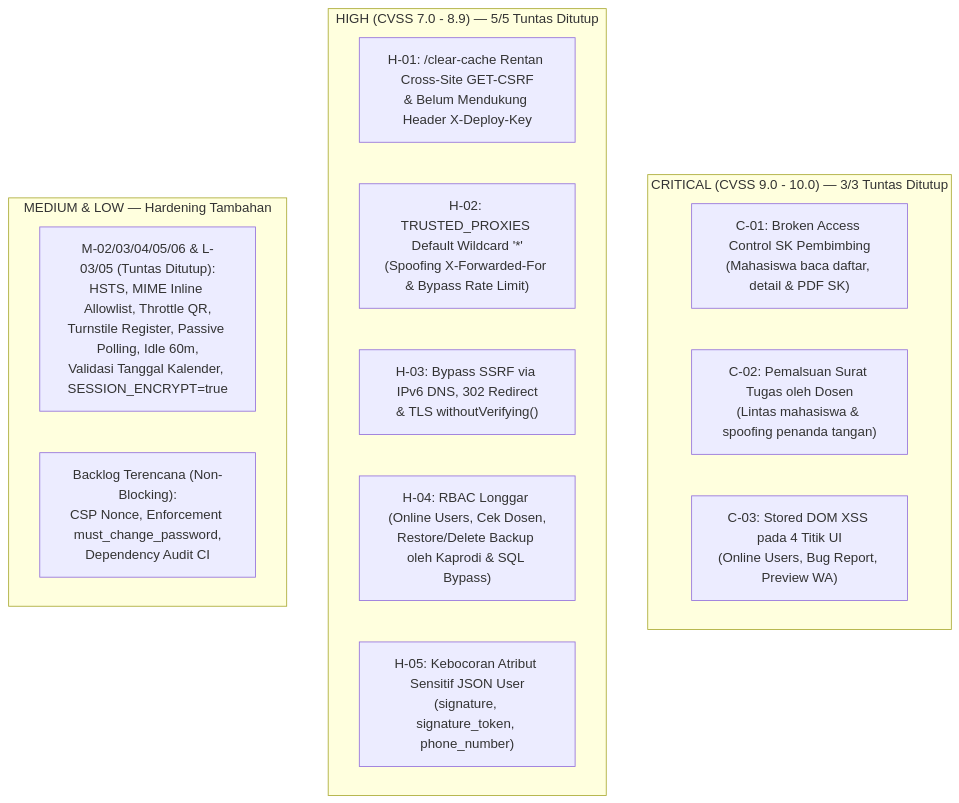
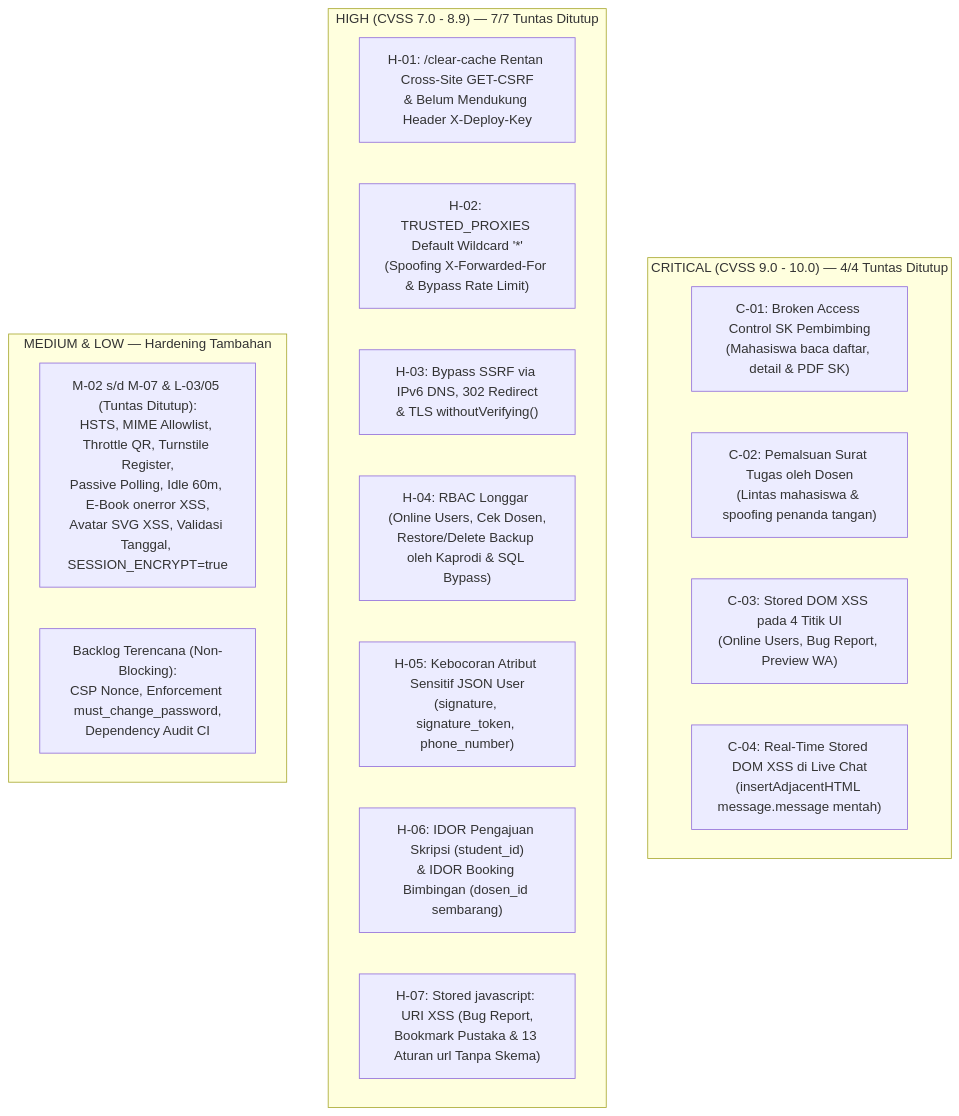
The second of 3 diagrams in docs/laporan_audit_keamanan_sibima.md (bagusaliakbar/SIBIMA), drawn with Mermaid before and after one commit. The commit also changed other lines of this file and 23 other files, not shown here.

Commit message:
security: fix live chat DOM XSS, thesis and mentoring IDORs, javascript URI XSS, and avatar MIME handling

````diff
--- a/docs/laporan_audit_keamanan_sibima.md
+++ b/docs/laporan_audit_keamanan_sibima.md
@@ -86,21 +87,24 @@
 ```mermaid
 flowchart TD
-    subgraph Critical["CRITICAL (CVSS 9.0 - 10.0) — 3/3 Tuntas Ditutup"]
+    subgraph Critical["CRITICAL (CVSS 9.0 - 10.0) — 4/4 Tuntas Ditutup"]
         C1["C-01: Broken Access Control SK Pembimbing\n(Mahasiswa baca daftar, detail & PDF SK)"]
         C2["C-02: Pemalsuan Surat Tugas oleh Dosen\n(Lintas mahasiswa & spoofing penanda tangan)"]
         C3["C-03: Stored DOM XSS pada 4 Titik UI\n(Online Users, Bug Report, Preview WA)"]
+        C4["C-04: Real-Time Stored DOM XSS di Live Chat\n(insertAdjacentHTML message.message mentah)"]
     end
 
-    subgraph High["HIGH (CVSS 7.0 - 8.9) — 5/5 Tuntas Ditutup"]
+    subgraph High["HIGH (CVSS 7.0 - 8.9) — 7/7 Tuntas Ditutup"]
         H1["H-01: /clear-cache Rentan Cross-Site GET-CSRF\n& Belum Mendukung Header X-Deploy-Key"]
         H2["H-02: TRUSTED_PROXIES Default Wildcard '*'\n(Spoofing X-Forwarded-For & Bypass Rate Limit)"]
         H3["H-03: Bypass SSRF via IPv6 DNS, 302 Redirect\n& TLS withoutVerifying()"]
         H4["H-04: RBAC Longgar (Online Users, Cek Dosen,\nRestore/Delete Backup oleh Kaprodi & SQL Bypass)"]
         H5["H-05: Kebocoran Atribut Sensitif JSON User\n(signature, signature_token, phone_number)"]
+        H6["H-06: IDOR Pengajuan Skripsi (student_id)\n& IDOR Booking Bimbingan (dosen_id sembarang)"]
+        H7["H-07: Stored javascript: URI XSS (Bug Report,\nBookmark Pustaka & 13 Aturan url Tanpa Skema)"]
     end
 
     subgraph MediumLow["MEDIUM & LOW — Hardening Tambahan"]
-        ML1["M-02/03/04/05/06 & L-03/05 (Tuntas Ditutup):\nHSTS, MIME Inline Allowlist, Throttle QR,\nTurnstile Register, Passive Polling, Idle 60m,\nValidasi Tanggal Kalender, SESSION_ENCRYPT=true"]
+        ML1["M-02 s/d M-07 & L-03/05 (Tuntas Ditutup):\nHSTS, MIME Allowlist, Throttle QR, Turnstile Register,\nPassive Polling, Idle 60m, E-Book onerror XSS,\nAvatar SVG XSS, Validasi Tanggal, SESSION_ENCRYPT=true"]
         ML2["Backlog Terencana (Non-Blocking):\nCSP Nonce, Enforcement must_change_password,\nDependency Audit CI"]
     end
 ```
````
